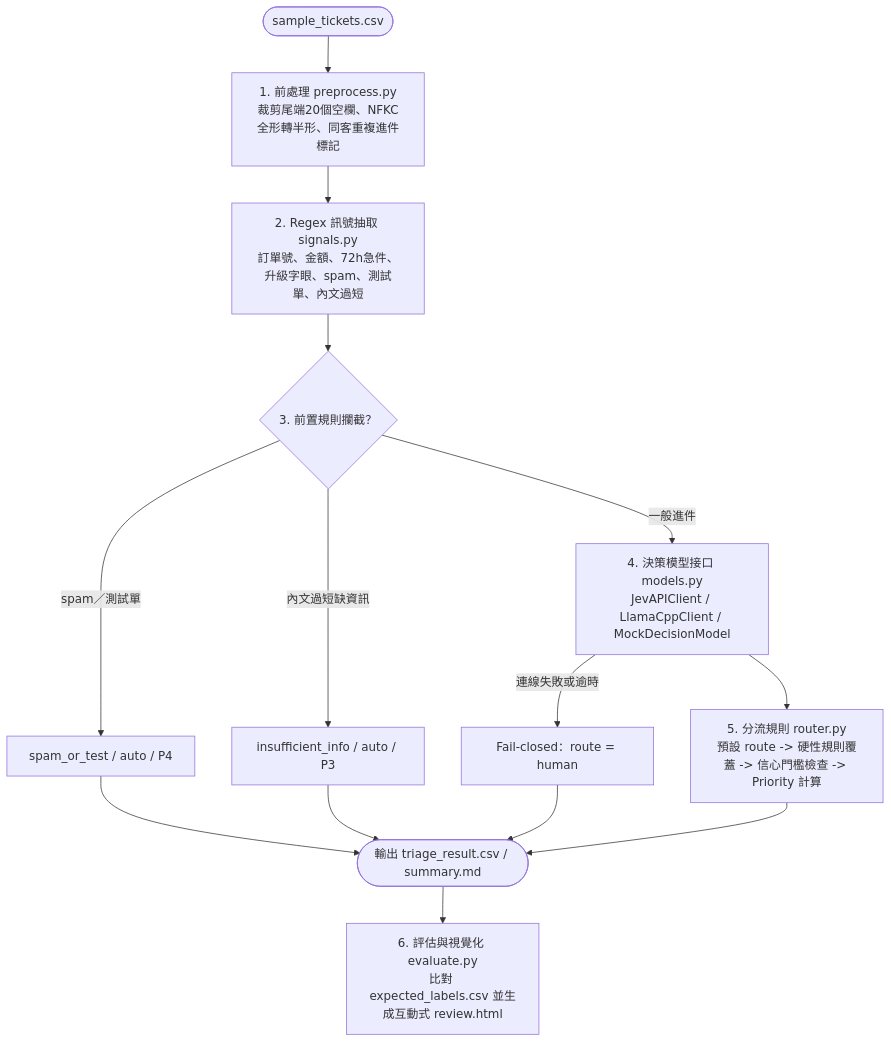
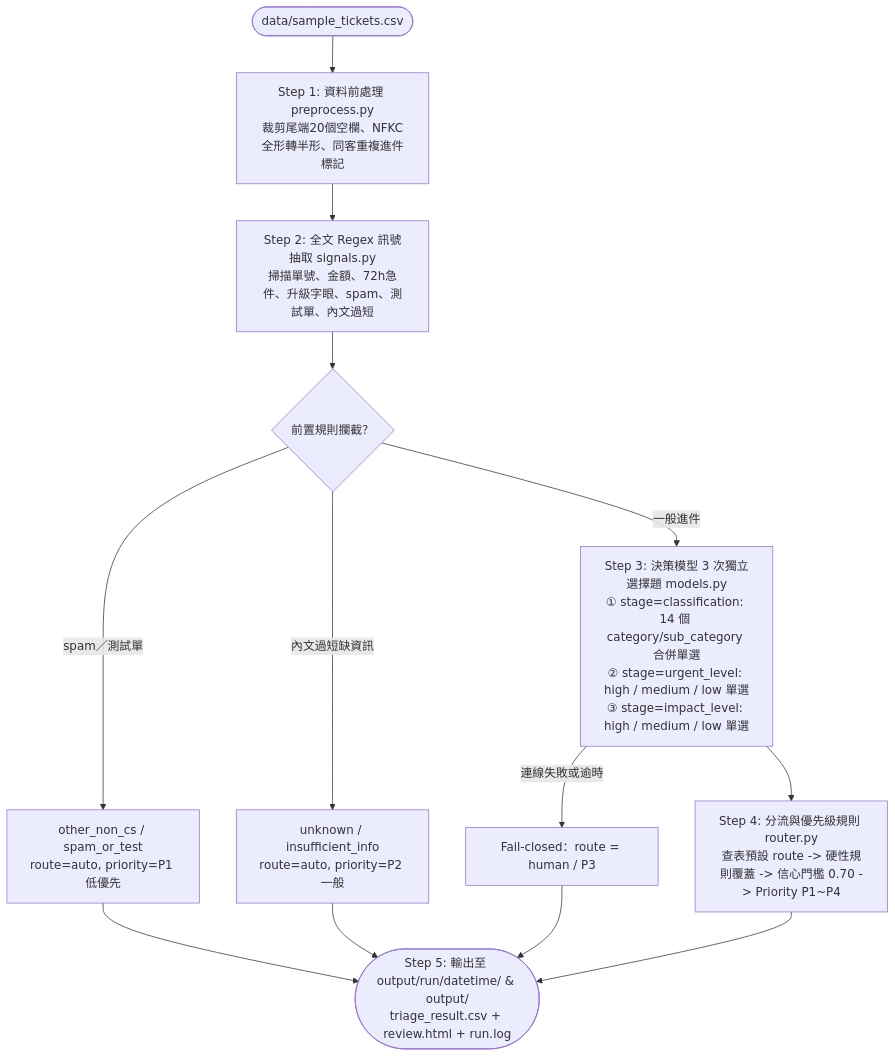
One commit to tarohuang1999-droid/ai-customer-service-assessment changed the diagram in poc/README.md. Above: the diagram before and after it, drawn with Mermaid. The commit also changed other lines of this file and 20 other files, not shown here.

Commit message:
Refine 7-category merged triage pipeline, P1-P4 priority ordering, and 3-section review UI

````diff
--- a/poc/README.md
+++ b/poc/README.md
@@ -101,16 +52,15 @@
 ```mermaid
 flowchart TD
-    In([sample_tickets.csv]) --> Prep[1. 前處理 preprocess.py<br>裁剪尾端20個空欄、NFKC全形轉半形、同客重複進件標記]
-    Prep --> Regex[2. Regex 訊號抽取 signals.py<br>訂單號、金額、72h急件、升級字眼、spam、測試單、內文過短]
-    Regex --> Pre{3. 前置規則攔截？}
-    Pre -->|spam／測試單| Spam[spam_or_test / auto / P4]
-    Pre -->|內文過短缺資訊| Unknown[insufficient_info / auto / P3]
-    Pre -->|一般進件| Model[4. 決策模型接口 models.py<br>JevAPIClient / LlamaCppClient / MockDecisionModel]
-    Model -->|連線失敗或逾時| Fallback[Fail-closed：route = human]
-    Model --> Route[5. 分流規則 router.py<br>預設 route -> 硬性規則覆蓋 -> 信心門檻檢查 -> Priority 計算]
-    Spam --> Out([輸出 triage_result.csv / summary.md])
-    Unknown --> Out
-    Fallback --> Out
-    Route --> Out
-    Out --> EvalUI[6. 評估與視覺化 evaluate.py<br>比對 expected_labels.csv 並生成互動式 review.html]
+    In([data/sample_tickets.csv]) --> S1[Step 1: 資料前處理 preprocess.py<br>裁剪尾端20個空欄、NFKC全形轉半形、同客重複進件標記]
+    S1 --> S2[Step 2: 全文 Regex 訊號抽取 signals.py<br>掃描單號、金額、72h急件、升級字眼、spam、測試單、內文過短]
+    S2 --> Pre{前置規則攔截？}
+    Pre -->|spam／測試單| Spam[other_non_cs / spam_or_test<br>route=auto, priority=P1 低優先]
+    Pre -->|內文過短缺資訊| Unknown[unknown / insufficient_info<br>route=auto, priority=P2 一般]
+    Pre -->|一般進件| S3[Step 3: 決策模型 3 次獨立選擇題 models.py<br>① stage=classification: 14 個 category/sub_category 合併單選<br>② stage=urgent_level: high / medium / low 單選<br>③ stage=impact_level: high / medium / low 單選]
+    S3 -->|連線失敗或逾時| Fallback[Fail-closed：route = human / P3]
+    S3 --> S4[Step 4: 分流與優先級規則 router.py<br>查表預設 route -> 硬性規則覆蓋 -> 信心門檻 0.70 -> Priority P1~P4]
+    Spam --> S5([Step 5: 輸出至 output/run/datetime/ & output/<br>triage_result.csv + review.html + run.log])
+    Unknown --> S5
+    Fallback --> S5
+    S4 --> S5
 ```
````
